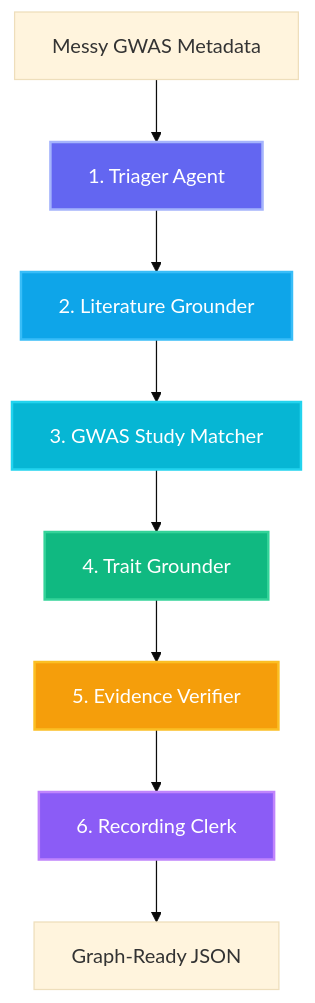
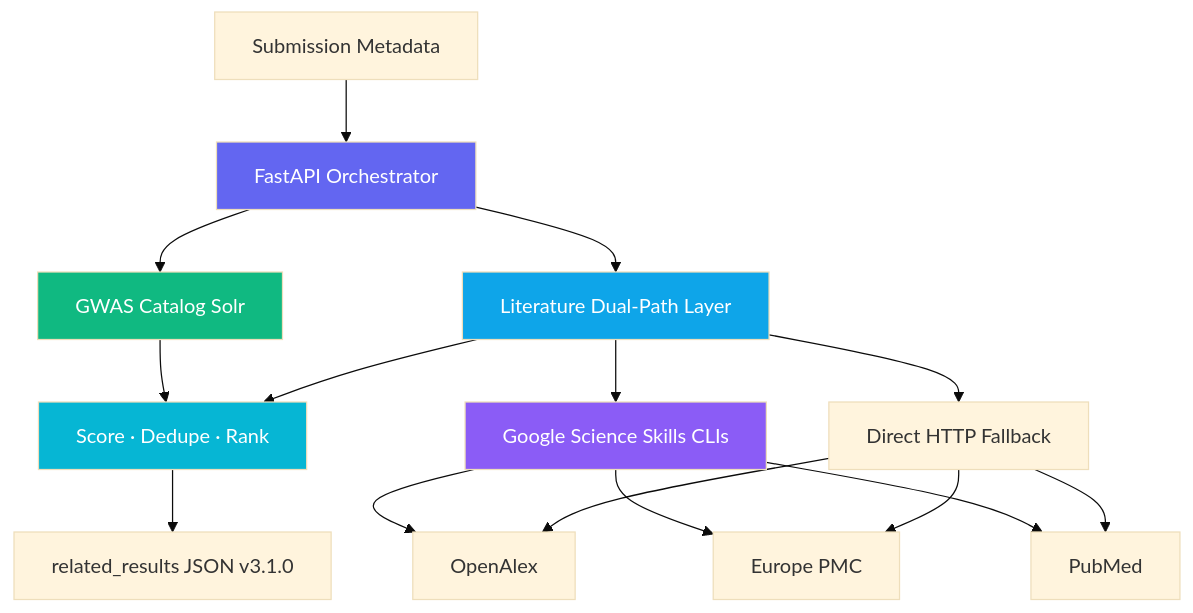
One commit to twhetzel/agihouse-hackathon-30may2026 changed the diagram in AGENTS.md. Above: the diagram before and after it, drawn with Mermaid (base theme). The commit also changed other lines of this file and 60 other files, not shown here.

````diff
--- a/AGENTS.md
+++ b/AGENTS.md
@@ -5,17 +5,23 @@
 ```mermaid
 graph TD
-    Input[Messy GWAS Metadata] --> Triager[1. Triager Agent]
-    Triager --> LitGrounder[2. Literature Grounder]
-    LitGrounder --> StudyMatcher[3. GWAS Study Matcher]
-    StudyMatcher --> TraitGrounder[4. Trait Grounder]
-    TraitGrounder --> EvVerifier[5. Evidence Verifier]
-    EvVerifier --> RecordingClerk[6. Recording Clerk]
-    RecordingClerk --> Output[Graph-Ready JSON]
+    Input[Submission Metadata] --> API[FastAPI Orchestrator]
+    API --> Catalog[GWAS Catalog Solr]
+    API --> Lit[Literature Dual-Path Layer]
+    Lit --> Skills[Google Science Skills CLIs]
+    Lit --> HTTP[Direct HTTP Fallback]
+    Skills --> OA[OpenAlex]
+    Skills --> EPMC[Europe PMC]
+    Skills --> PM[PubMed]
+    HTTP --> OA
+    HTTP --> EPMC
+    HTTP --> PM
+    Catalog --> Rank[Score · Dedupe · Rank]
+    Lit --> Rank
+    Rank --> Output[related_results JSON v3.1.0]
 
-    style Triager fill:#6366f1,stroke:#a5b4fc,stroke-width:2px,color:#fff
-    style LitGrounder fill:#0ea5e9,stroke:#38bdf8,stroke-width:2px,color:#fff
-    style StudyMatcher fill:#06b6d4,stroke:#22d3ee,stroke-width:2px,color:#fff
-    style TraitGrounder fill:#10b981,stroke:#34d399,stroke-width:2px,color:#fff
-    style EvVerifier fill:#f59e0b,stroke:#fbbf24,stroke-width:2px,color:#fff
-    style RecordingClerk fill:#8b5cf6,stroke:#c084fc,stroke-width:2px,color:#fff
+    style API fill:#6366f1,color:#fff
+    style Catalog fill:#10b981,color:#fff
+    style Lit fill:#0ea5e9,color:#fff
+    style Skills fill:#8b5cf6,color:#fff
+    style Rank fill:#06b6d4,color:#fff
 ```
````
